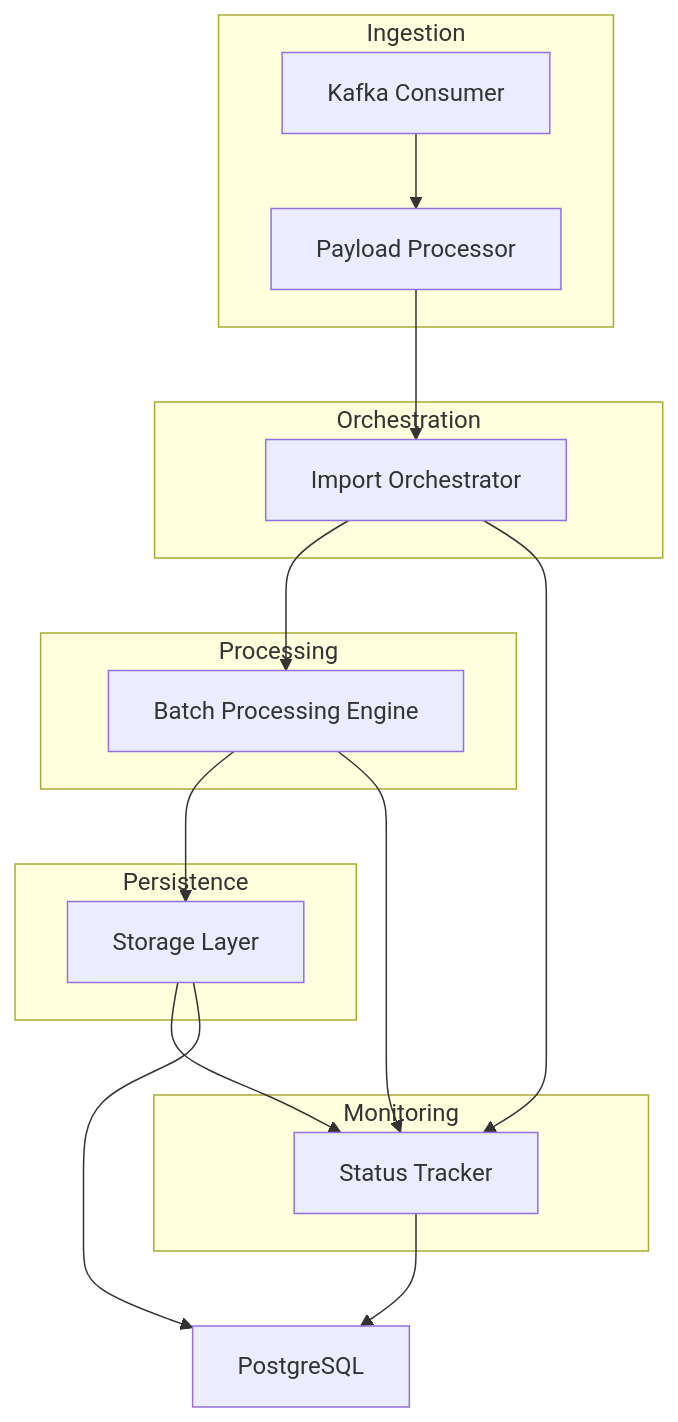
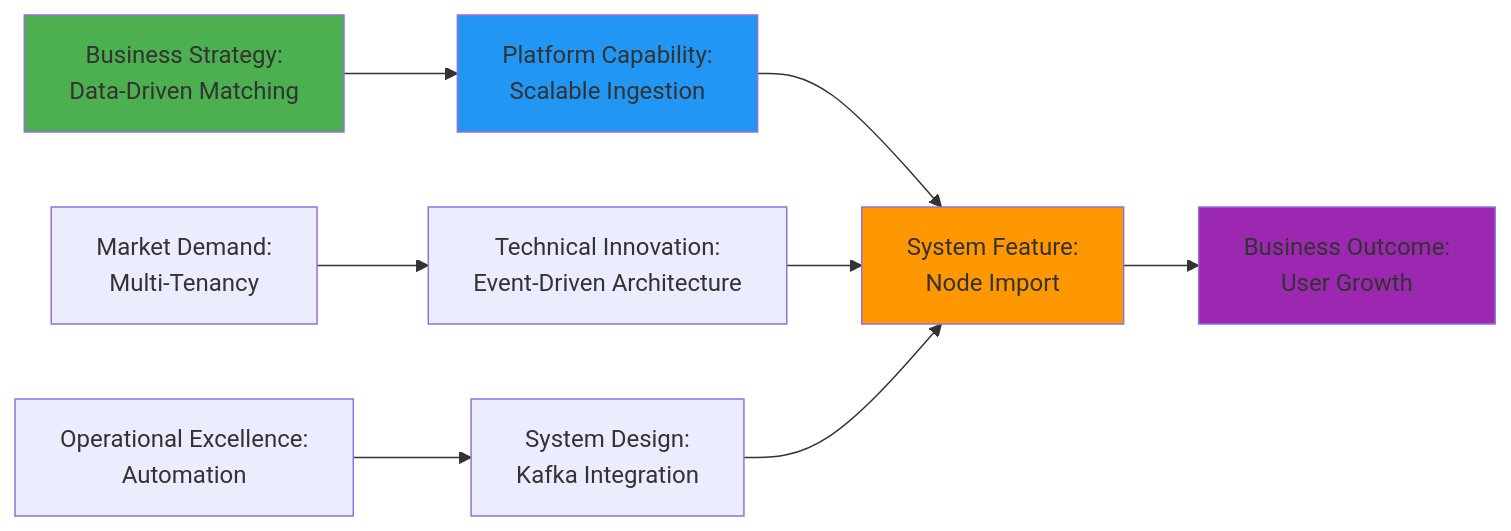
One commit to kagit00/schedule_x changed the second of 29 diagrams in docs/High Level Designs/NodesImport.md. Above: the diagram before and after it, drawn with Mermaid. The commit also changed other lines of this file, not shown here.

````diff
--- a/docs/High Level Designs/NodesImport.md
+++ b/docs/High Level Designs/NodesImport.md
@@ -28,27 +73,17 @@
 ```mermaid
-graph TD
-    subgraph Ingestion
-        A[Kafka Consumer] --> B[Payload Processor]
-    end
-
-    subgraph Orchestration
-        B --> C[Import Orchestrator]
-    end
-
-    subgraph Processing
-        C --> D[Batch Processing Engine]
-    end
-
-    subgraph Persistence
-        D --> E[Storage Layer]
-    end
-
-    subgraph Monitoring
-        C --> F[Status Tracker]
-        D --> F
-        E --> F
-    end
-
-    E --> G[PostgreSQL]
-    F --> G
+graph LR
+    A[Business Strategy:<br/>Data-Driven Matching] --> B[Platform Capability:<br/>Scalable Ingestion]
+    B --> C[System Feature:<br/>Node Import]
+    C --> D[Business Outcome:<br/>User Growth]
+    
+    E[Market Demand:<br/>Multi-Tenancy] --> F[Technical Innovation:<br/>Event-Driven Architecture]
+    F --> C
+    
+    G[Operational Excellence:<br/>Automation] --> H[System Design:<br/>Kafka Integration]
+    H --> C
+    
+    style A fill:#4CAF50
+    style B fill:#2196F3
+    style C fill:#FF9800
+    style D fill:#9C27B0
 ```
````
